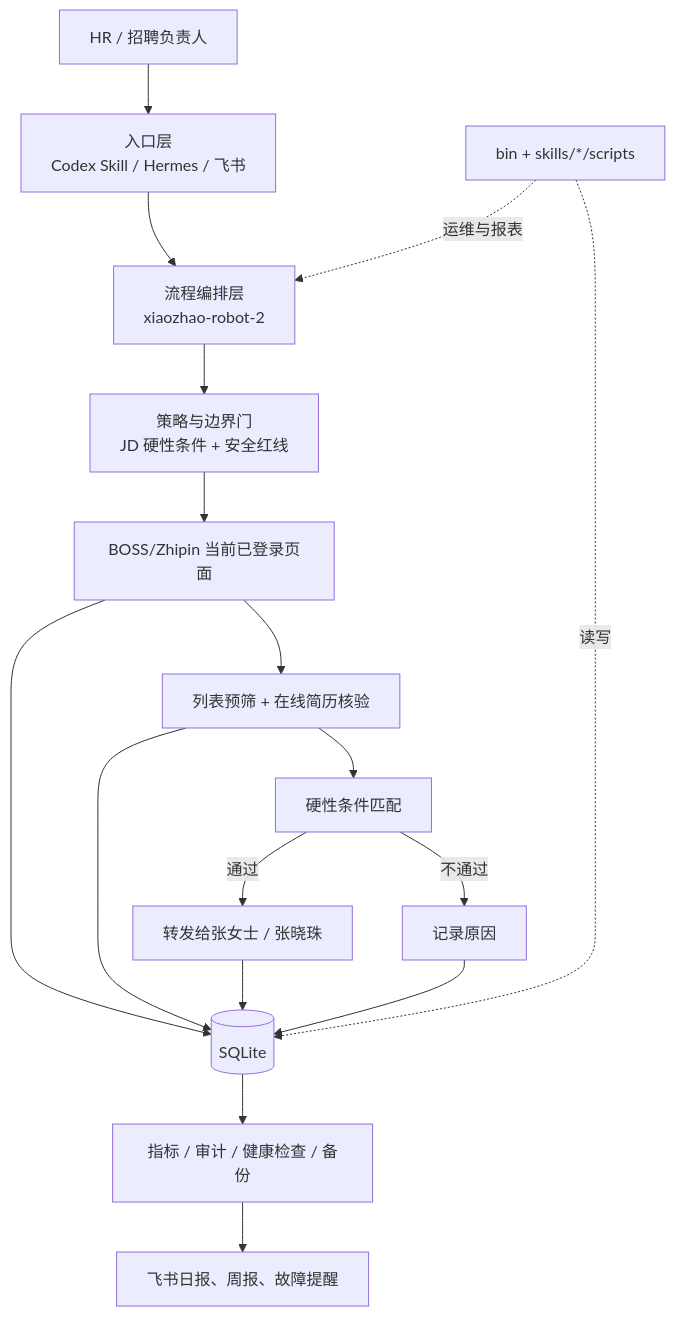
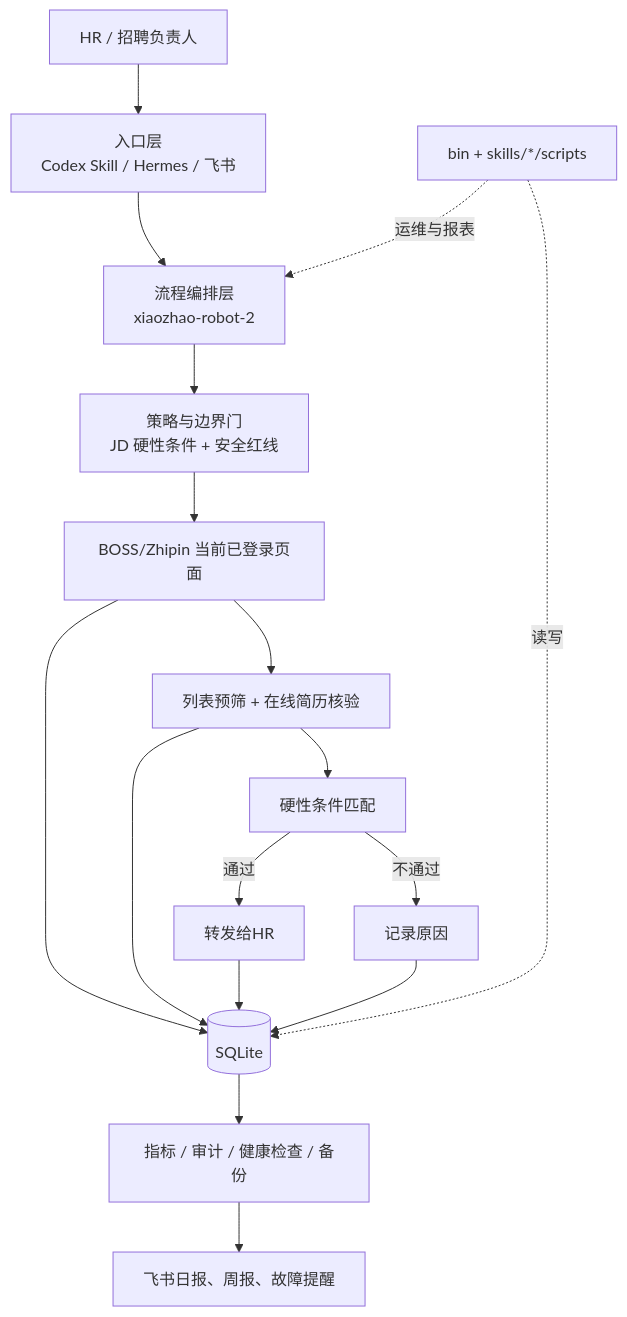
The diagram in docs/diagrams/architecture.mmd (lbql-yhl/zhineng-zhaopin-jiqiren), drawn with Mermaid before and after one commit. The commit also changed 18 other files, not shown here.

```diff
--- a/docs/diagrams/architecture.mmd
+++ b/docs/diagrams/architecture.mmd
@@ -1,17 +1,17 @@
 flowchart TB
     U[HR / 招聘负责人] --> E[入口层<br/>Codex Skill / Hermes / 飞书]
     E --> O[流程编排层<br/>xiaozhao-robot-2]
     O --> G[策略与边界门<br/>JD 硬性条件 + 安全红线]
     G --> J[BOSS/Zhipin 当前已登录页面]
     J --> P[列表预筛 + 在线简历核验]
     P --> M[硬性条件匹配]
-    M -->|通过| F[转发给张女士 / 张晓珠]
+    M -->|通过| F[转发给HR]
     M -->|不通过| R[记录原因]
     J --> D[(SQLite)]
     P --> D
     F --> D
     R --> D
     D --> A[指标 / 审计 / 健康检查 / 备份]
     A --> N[飞书日报、周报、故障提醒]
     X[bin + skills/*/scripts] -.运维与报表.-> O
     X -.读写.-> D
```
